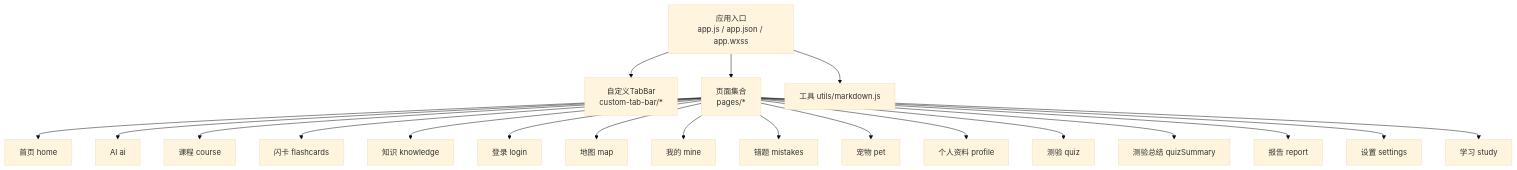
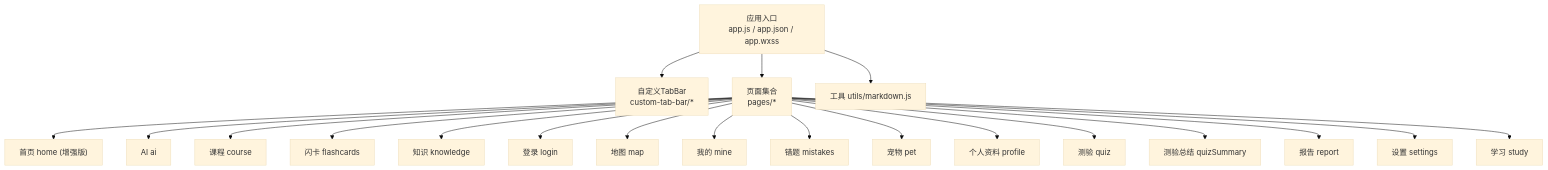
One commit to cwb7756/bio changed the first of 8 diagrams in .qoder/repowiki/zh/content/架构设计/前端架构设计.md. Above: the diagram before and after it, drawn with Mermaid (base theme). The commit also changed other lines of this file and 98 other files, not shown here.

````diff
--- a/.qoder/repowiki/zh/content/架构设计/前端架构设计.md
+++ b/.qoder/repowiki/zh/content/架构设计/前端架构设计.md
@@ -67,22 +68,22 @@
 ```mermaid
 graph TB
 A["应用入口<br/>app.js / app.json / app.wxss"] --> B["自定义TabBar<br/>custom-tab-bar/*"]
 A --> C["页面集合<br/>pages/*"]
-C --> D["首页 home"]
+C --> D["首页 home (增强版)"]
 C --> E["AI ai"]
 C --> F["课程 course"]
 C --> G["闪卡 flashcards"]
 C --> H["知识 knowledge"]
 C --> I["登录 login"]
 C --> J["地图 map"]
 C --> K["我的 mine"]
 C --> L["错题 mistakes"]
 C --> M["宠物 pet"]
 C --> N["个人资料 profile"]
 C --> O["测验 quiz"]
 C --> P["测验总结 quizSummary"]
 C --> Q["报告 report"]
 C --> R["设置 settings"]
 C --> S["学习 study"]
 A --> T["工具 utils/markdown.js"]
 ```
````
